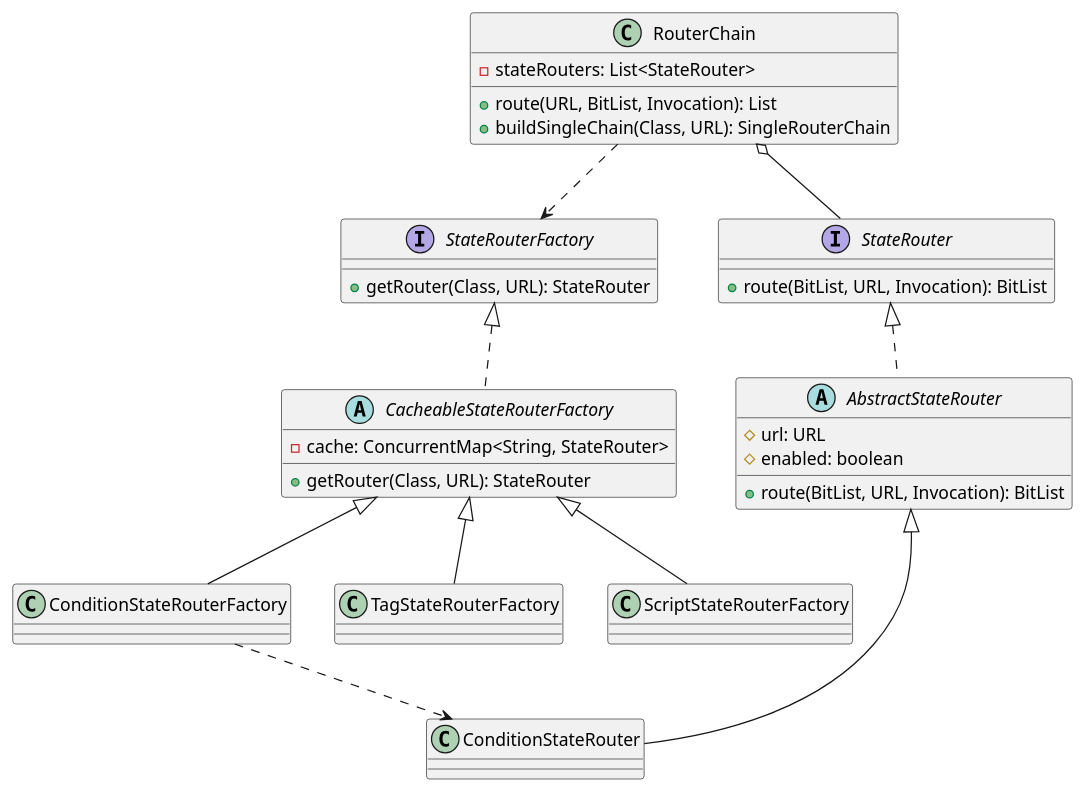
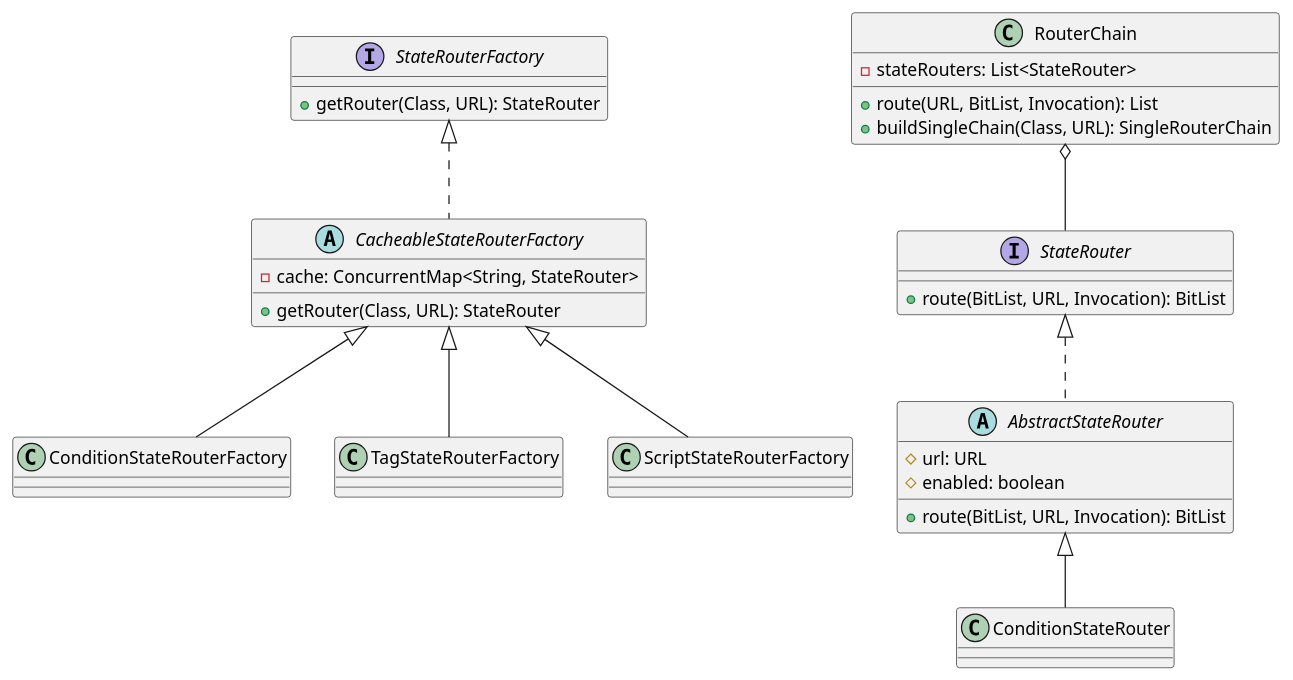
Diagram 14 of 16 in content/post/network/dubbo/index.md (kevinwang930/kevinwang930.github.io), drawn with PlantUML before and after one commit. The commit also changed other lines of this file, not shown here.

````diff
--- a/content/post/network/dubbo/index.md
+++ b/content/post/network/dubbo/index.md
@@ -1512,36 +1767,34 @@
 ```plantuml
 @startuml
 top to bottom direction
 
 interface StateRouterFactory {
   + getRouter(Class, URL): StateRouter
 }
 abstract class CacheableStateRouterFactory implements StateRouterFactory {
   - cache: ConcurrentMap<String, StateRouter>
   + getRouter(Class, URL): StateRouter
 }
 class ConditionStateRouterFactory extends CacheableStateRouterFactory
 class TagStateRouterFactory extends CacheableStateRouterFactory
 class ScriptStateRouterFactory extends CacheableStateRouterFactory
 
 interface StateRouter {
   + route(BitList, URL, Invocation): BitList
 }
 abstract class AbstractStateRouter implements StateRouter {
   # url: URL
   # enabled: boolean
   + route(BitList, URL, Invocation): BitList
 }
 class ConditionStateRouter extends AbstractStateRouter
 
 class RouterChain {
   - stateRouters: List<StateRouter>
   + route(URL, BitList, Invocation): List
   + buildSingleChain(Class, URL): SingleRouterChain
 }
 
-ConditionStateRouterFactory ..> ConditionStateRouter
 RouterChain o-- StateRouter
-RouterChain ..> StateRouterFactory
 @enduml
 ```
````
